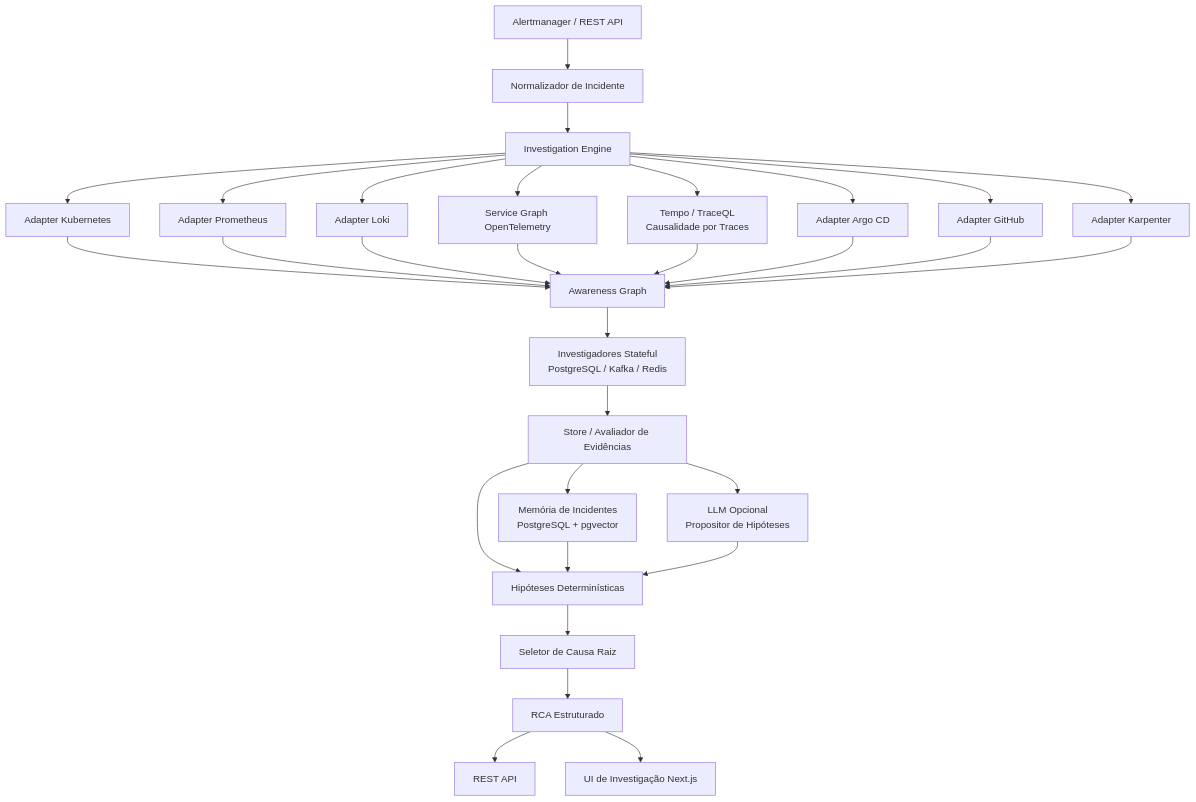
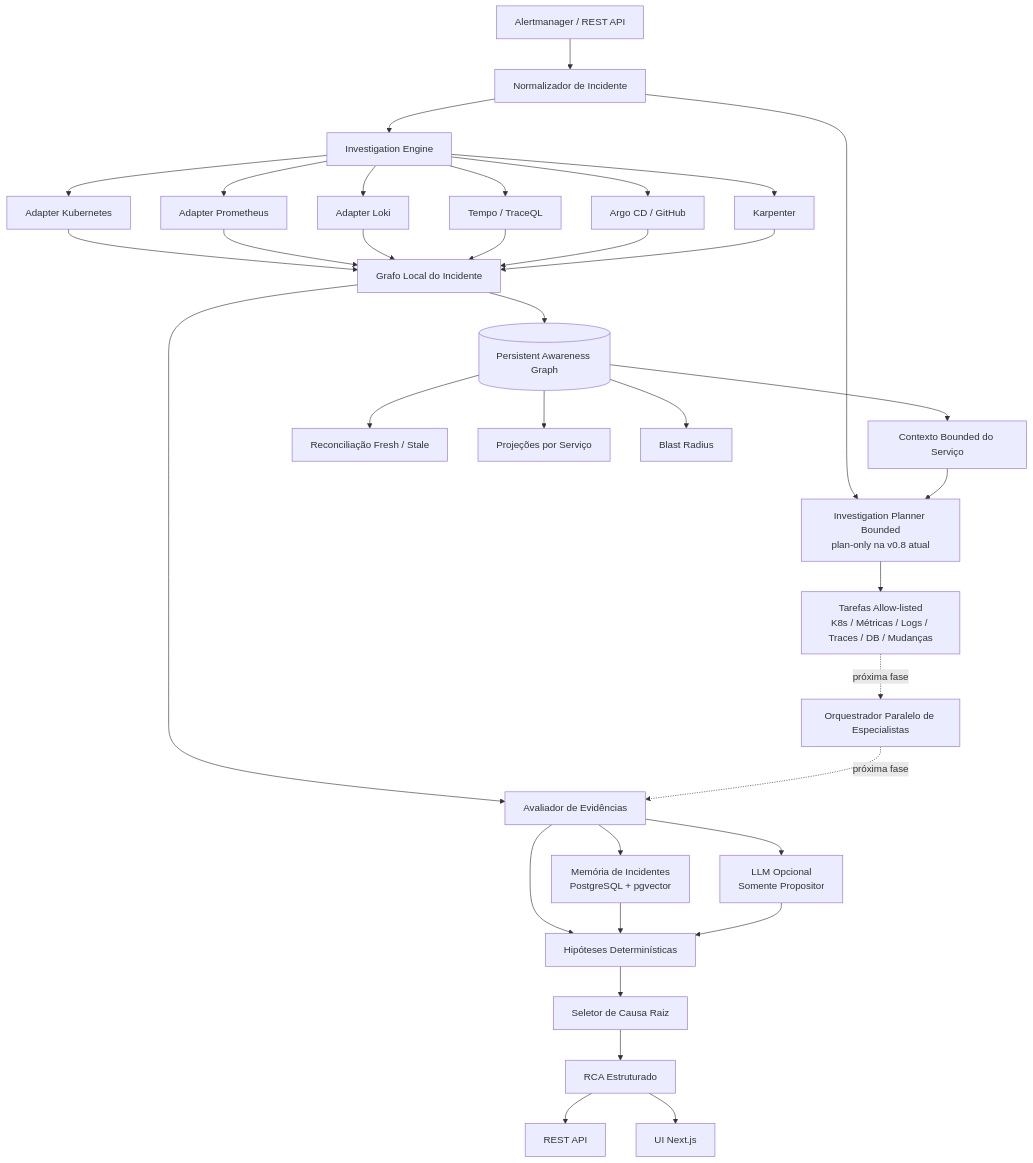
One commit to marcocristofolini/ai-sre-rca changed the first of 18 diagrams in docs/architecture.pt-BR.md. Above: the diagram before and after it, drawn with Mermaid. The commit also changed other lines of this file and 22 other files, not shown here.

Commit message:
feat: add v0.8 topology blast radius and planner

````diff
--- a/docs/architecture.pt-BR.md
+++ b/docs/architecture.pt-BR.md
@@ -7,36 +7,43 @@
 ```mermaid
 flowchart TD
     A[Alertmanager / REST API] --> N[Normalizador de Incidente]
+    N --> PLAN[Investigation Planner Bounded<br/>plan-only na v0.8 atual]
     N --> I[Investigation Engine]
+
+    PAG[(Persistent Awareness Graph)] --> CTX[Contexto Bounded do Serviço]
+    CTX --> PLAN
+    PLAN --> PT[Tarefas Allow-listed<br/>K8s / Métricas / Logs / Traces / DB / Mudanças]
 
     I --> K[Adapter Kubernetes]
     I --> P[Adapter Prometheus]
     I --> L[Adapter Loki]
-    I --> O[Service Graph OpenTelemetry]
-    I --> T[Tempo / TraceQL<br/>Causalidade por Traces]
-    I --> AR[Adapter Argo CD]
-    I --> GH[Adapter GitHub]
-    I --> KA[Adapter Karpenter]
+    I --> T[Tempo / TraceQL]
+    I --> AR[Argo CD / GitHub]
+    I --> KA[Karpenter]
 
-    K --> G[Awareness Graph]
-    P --> G
-    L --> G
-    O --> G
-    T --> G
-    AR --> G
-    GH --> G
-    KA --> G
+    K --> LG[Grafo Local do Incidente]
+    P --> LG
+    L --> LG
+    T --> LG
+    AR --> LG
+    KA --> LG
 
-    G --> SD[Investigadores Stateful<br/>PostgreSQL / Kafka / Redis]
-    SD --> EV[Store / Avaliador de Evidências]
+    LG --> EV[Avaliador de Evidências]
+    LG --> PAG
+    PAG --> REC[Reconciliação Fresh / Stale]
+    PAG --> SV[Projeções por Serviço]
+    PAG --> BR[Blast Radius]
+
     EV --> H[Hipóteses Determinísticas]
     EV --> MEM[Memória de Incidentes<br/>PostgreSQL + pgvector]
-    EV --> LLM[LLM Opcional<br/>Propositor de Hipóteses]
-
+    EV --> LLM[LLM Opcional<br/>Somente Propositor]
     MEM --> H
     LLM --> H
     H --> RC[Seletor de Causa Raiz]
     RC --> RCA[RCA Estruturado]
     RCA --> API[REST API]
-    RCA --> UI[UI de Investigação Next.js]
+    RCA --> UI[UI Next.js]
+
+    PT -. próxima fase .-> ORCH[Orquestrador Paralelo de Especialistas]
+    ORCH -. próxima fase .-> EV
 ```
````
